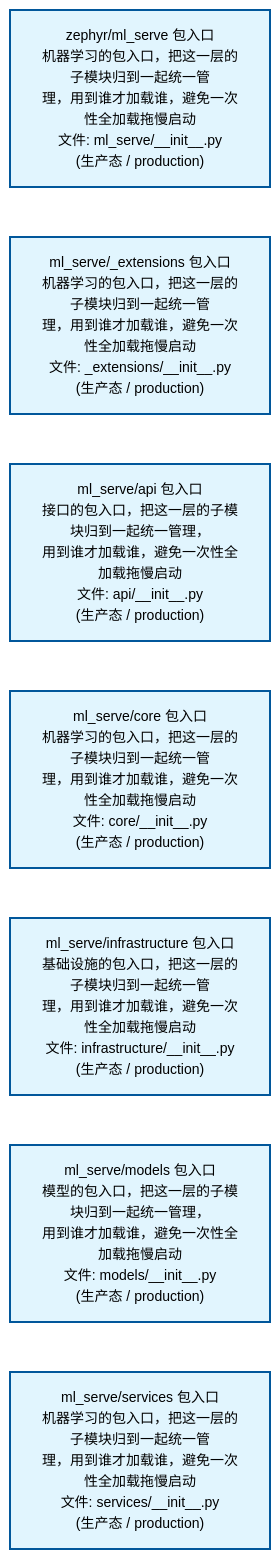
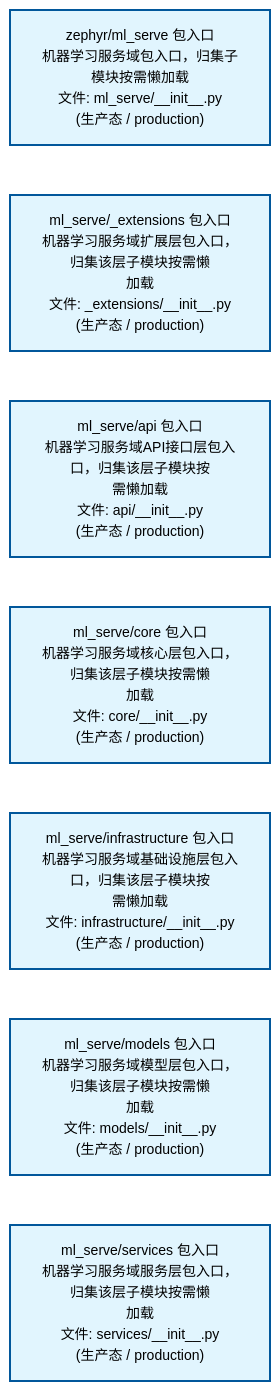
Before and after one commit to xuanFelixVan/ZephyrAlpha: the second of 2 diagrams in docs/02_enterprise_architecture/02_domain_architecture_docs/60_d_ml_serve.md, drawn with Mermaid. The commit also changed other lines of this file and 63 other files, not shown here.

````diff
--- a/docs/02_enterprise_architecture/02_domain_architecture_docs/60_d_ml_serve.md
+++ b/docs/02_enterprise_architecture/02_domain_architecture_docs/60_d_ml_serve.md
@@ -80,22 +80,22 @@
 ```mermaid
 %%{init: {'theme': 'base', 'themeVariables': {'primaryColor': '#eaeaea', 'primaryTextColor': '#333333', 'primaryBorderColor': '#666666', 'lineColor': '#666666', 'secondaryColor': '#eaeaea', 'tertiaryColor': '#eaeaea', 'fontSize': '14px'}}}%%
 flowchart TD
-    src_zephyr_ml_serve_init_py["zephyr/ml_serve 包入口<br/>机器学习的包入口，把这一层的子模块归到一起统一管<br/>理，用到谁才加载谁，避免一次性全加载拖慢启动<br/>文件: ml_serve/__init__.py<br/>(生产态 / production)"]
-    src_zephyr_ml_serve_extensions_init_py["ml_serve/_extensions 包入口<br/>机器学习的包入口，把这一层的子模块归到一起统一管<br/>理，用到谁才加载谁，避免一次性全加载拖慢启动<br/>文件: _extensions/__init__.py<br/>(生产态 / production)"]
-    src_zephyr_ml_serve_api_init_py["ml_serve/api 包入口<br/>接口的包入口，把这一层的子模块归到一起统一管理，<br/>用到谁才加载谁，避免一次性全加载拖慢启动<br/>文件: api/__init__.py<br/>(生产态 / production)"]
-    src_zephyr_ml_serve_core_init_py["ml_serve/core 包入口<br/>机器学习的包入口，把这一层的子模块归到一起统一管<br/>理，用到谁才加载谁，避免一次性全加载拖慢启动<br/>文件: core/__init__.py<br/>(生产态 / production)"]
-    src_zephyr_ml_serve_infrastructure_init_py["ml_serve/infrastructure 包入口<br/>基础设施的包入口，把这一层的子模块归到一起统一管<br/>理，用到谁才加载谁，避免一次性全加载拖慢启动<br/>文件: infrastructure/__init__.py<br/>(生产态 / production)"]
-    src_zephyr_ml_serve_models_init_py["ml_serve/models 包入口<br/>模型的包入口，把这一层的子模块归到一起统一管理，<br/>用到谁才加载谁，避免一次性全加载拖慢启动<br/>文件: models/__init__.py<br/>(生产态 / production)"]
-    src_zephyr_ml_serve_services_init_py["ml_serve/services 包入口<br/>机器学习的包入口，把这一层的子模块归到一起统一管<br/>理，用到谁才加载谁，避免一次性全加载拖慢启动<br/>文件: services/__init__.py<br/>(生产态 / production)"]
+    src_zephyr_ml_serve_init_py["zephyr/ml_serve 包入口<br/>机器学习服务域包入口，归集子模块按需懒加载<br/>文件: ml_serve/__init__.py<br/>(生产态 / production)"]
+    src_zephyr_ml_serve_extensions_init_py["ml_serve/_extensions 包入口<br/>机器学习服务域扩展层包入口，归集该层子模块按需懒<br/>加载<br/>文件: _extensions/__init__.py<br/>(生产态 / production)"]
+    src_zephyr_ml_serve_api_init_py["ml_serve/api 包入口<br/>机器学习服务域API接口层包入口，归集该层子模块按<br/>需懒加载<br/>文件: api/__init__.py<br/>(生产态 / production)"]
+    src_zephyr_ml_serve_core_init_py["ml_serve/core 包入口<br/>机器学习服务域核心层包入口，归集该层子模块按需懒<br/>加载<br/>文件: core/__init__.py<br/>(生产态 / production)"]
+    src_zephyr_ml_serve_infrastructure_init_py["ml_serve/infrastructure 包入口<br/>机器学习服务域基础设施层包入口，归集该层子模块按<br/>需懒加载<br/>文件: infrastructure/__init__.py<br/>(生产态 / production)"]
+    src_zephyr_ml_serve_models_init_py["ml_serve/models 包入口<br/>机器学习服务域模型层包入口，归集该层子模块按需懒<br/>加载<br/>文件: models/__init__.py<br/>(生产态 / production)"]
+    src_zephyr_ml_serve_services_init_py["ml_serve/services 包入口<br/>机器学习服务域服务层包入口，归集该层子模块按需懒<br/>加载<br/>文件: services/__init__.py<br/>(生产态 / production)"]
     src_zephyr_ml_serve_init_py ~~~ src_zephyr_ml_serve_extensions_init_py
     src_zephyr_ml_serve_extensions_init_py ~~~ src_zephyr_ml_serve_api_init_py
     src_zephyr_ml_serve_api_init_py ~~~ src_zephyr_ml_serve_core_init_py
     src_zephyr_ml_serve_core_init_py ~~~ src_zephyr_ml_serve_infrastructure_init_py
     src_zephyr_ml_serve_infrastructure_init_py ~~~ src_zephyr_ml_serve_models_init_py
     src_zephyr_ml_serve_models_init_py ~~~ src_zephyr_ml_serve_services_init_py
     classDef production fill:#e1f5fe,stroke:#01579b,stroke-width:2px,color:#000
     classDef design fill:#fff3e0,stroke:#e65100,stroke-width:2px,color:#000,stroke-dasharray: 5 5
     classDef external_prod fill:#e8f4fd,stroke:#0277bd,stroke-width:1px,color:#000
     classDef external_design fill:#fff8e7,stroke:#ef6c00,stroke-width:1px,color:#000,stroke-dasharray: 5 5
     class src_zephyr_ml_serve_init_py,src_zephyr_ml_serve_extensions_init_py,src_zephyr_ml_serve_api_init_py,src_zephyr_ml_serve_core_init_py,src_zephyr_ml_serve_infrastructure_init_py,src_zephyr_ml_serve_models_init_py,src_zephyr_ml_serve_services_init_py production
 ```
````
